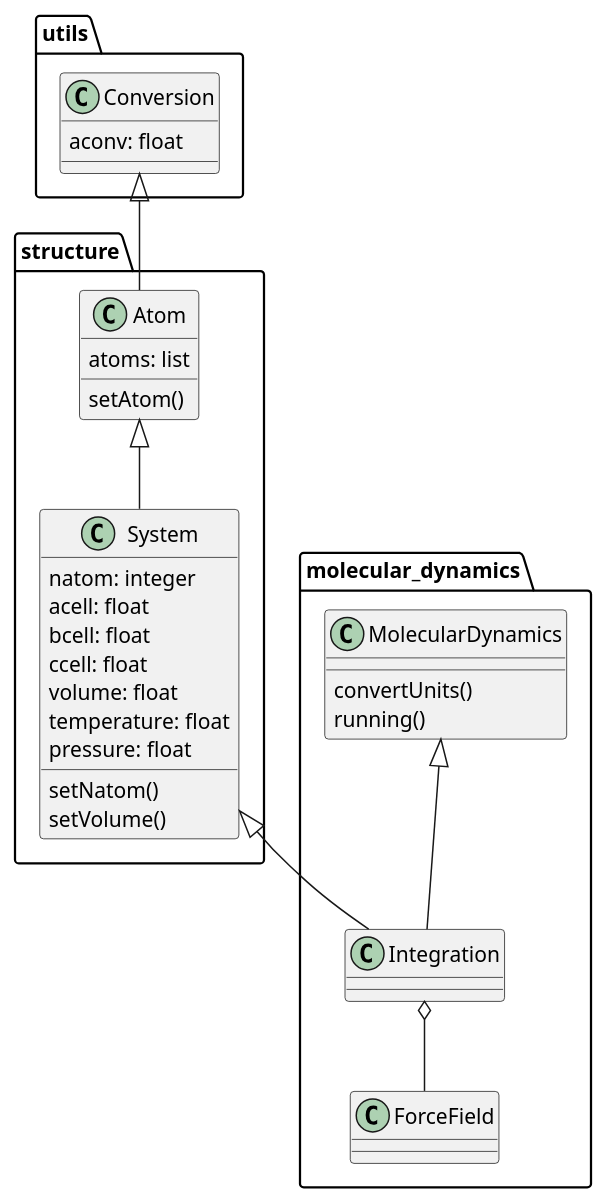
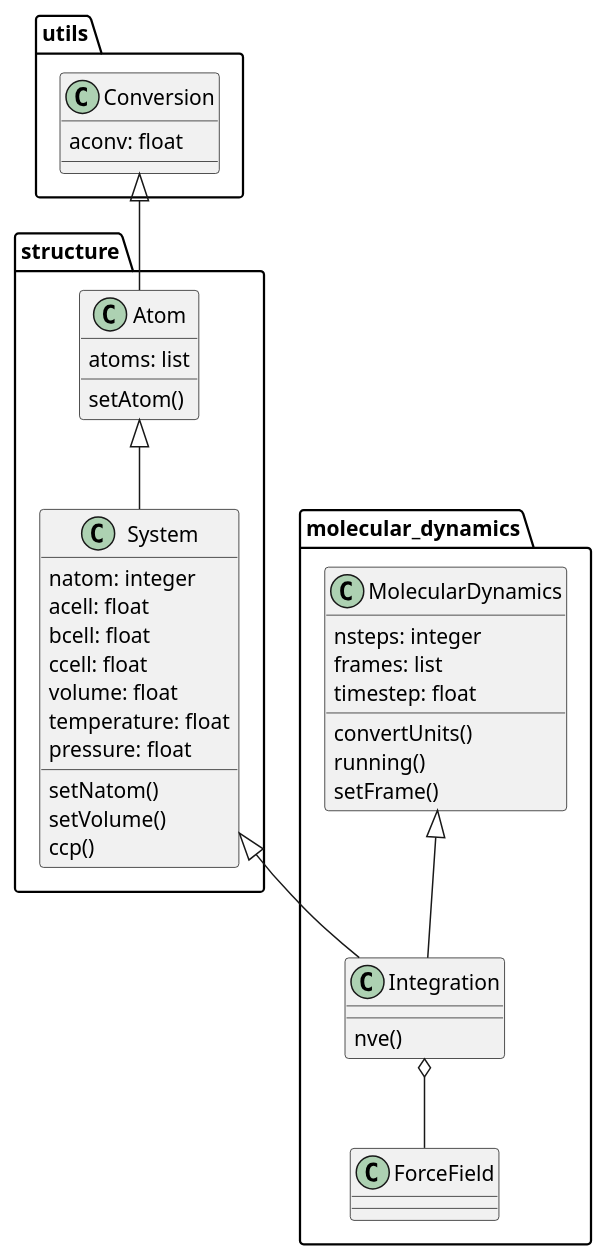
The diagram in doc/phase_diagram.puml (flavianowilliams/M3L), drawn with PlantUML before and after one commit. The commit also changed 3 other files, not shown here.

Commit message:
add setFrame metodo e frames atributo na classe MolecularDynamics

```diff
--- a/doc/phase_diagram.puml
+++ b/doc/phase_diagram.puml
@@ -1,39 +1,45 @@
 @startuml M3L
 package utils{
     class Conversion{
         aconv: float
     }
   }
 package molecular_dynamics{
     class MolecularDynamics{
+        nsteps: integer
+        frames: list
+        timestep: float
         convertUnits()
         running()
+        setFrame()
     }
     class Integration{
+        nve()
     }
     class ForceField{
   }
 }
 package structure{
     class System{
       natom: integer
       acell: float
       bcell: float
       ccell: float
       volume: float
       temperature: float
       pressure: float
       setNatom()
       setVolume()
+      ccp()
     }
     class Atom{
         atoms: list
         setAtom()
   }
 }
 Conversion <|-- Atom
 Integration o-- ForceField
 MolecularDynamics <|-- Integration
 System <|-- Integration
 Atom <|-- System
 @enduml
```
